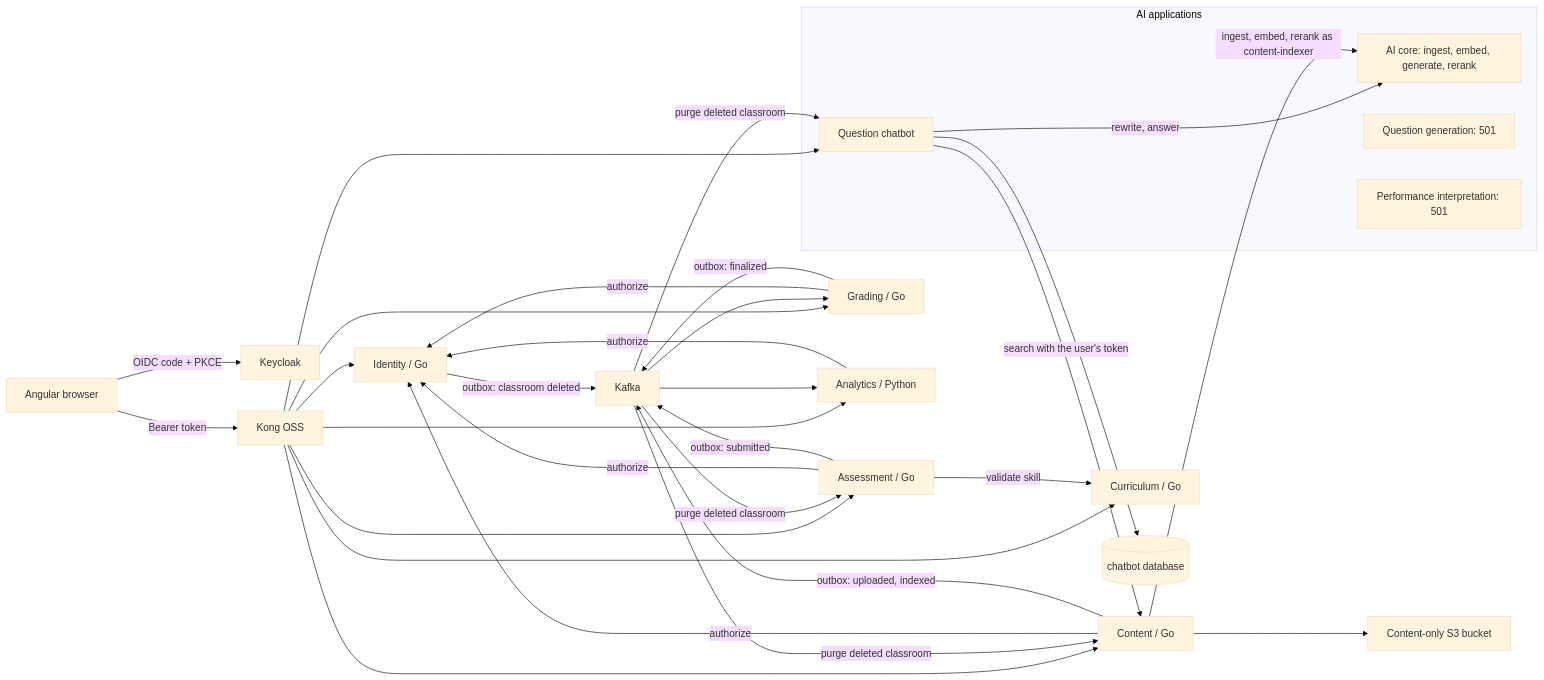
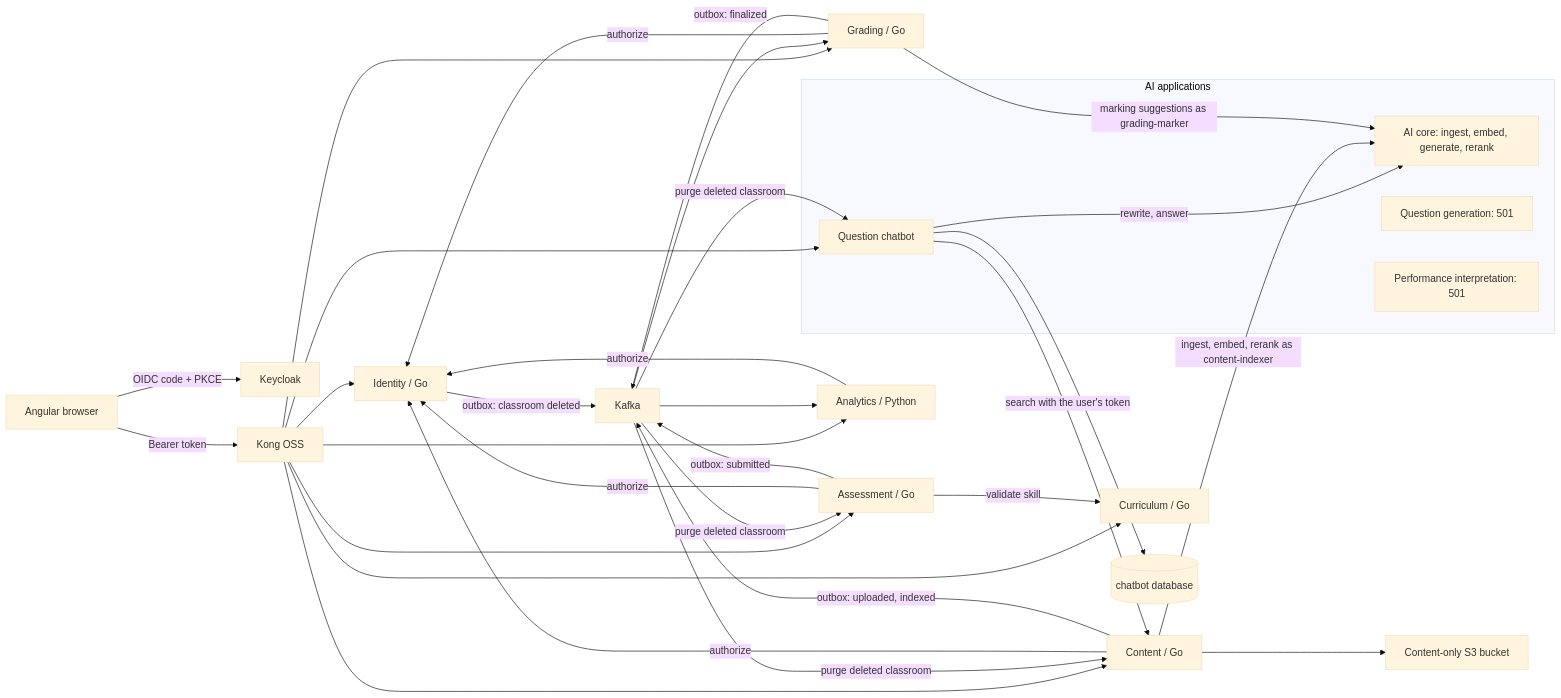
One commit to Naren3333/FSD_2026 changed the first of 2 diagrams in docs/architecture/system.md. Above: the diagram before and after it, drawn with Mermaid (base theme). The commit also changed other lines of this file and 72 other files, not shown here.

````diff
--- a/docs/architecture/system.md
+++ b/docs/architecture/system.md
@@ -3,37 +3,38 @@
 ```mermaid
 flowchart LR
   Browser[Angular browser] -->|OIDC code + PKCE| Keycloak
   Browser -->|Bearer token| Kong[Kong OSS]
   Kong --> Identity[Identity / Go]
   Kong --> Curriculum[Curriculum / Go]
   Kong --> Content[Content / Go]
   Kong --> Assessment[Assessment / Go]
   Kong --> Grading[Grading / Go]
   Kong --> Analytics[Analytics / Python]
   Kong --> QC
   QC -->|search with the user's token| Content
   QC -->|rewrite, answer| AI
   QC --> ChatDB[(chatbot database)]
   Content --> S3[Content-only S3 bucket]
   Content -->|authorize| Identity
   Assessment -->|authorize| Identity
   Assessment -->|validate skill| Curriculum
   Grading -->|authorize| Identity
   Analytics -->|authorize| Identity
   Assessment -->|outbox: submitted| Kafka
   Kafka --> Grading
   Grading -->|outbox: finalized| Kafka
   Kafka --> Analytics
   Content -->|outbox: uploaded, indexed| Kafka
   Identity -->|outbox: classroom deleted| Kafka
   Kafka -->|purge deleted classroom| Content
   Kafka -->|purge deleted classroom| Assessment
   Kafka -->|purge deleted classroom| QC
   Content -->|ingest, embed, rerank as content-indexer| AI
+  Grading -->|marking suggestions as grading-marker| AI
   subgraph AI applications
     AI[AI core: ingest, embed, generate, rerank]
     QG[Question generation: 501]
     SP[Performance interpretation: 501]
     QC[Question chatbot]
   end
 ```
````
